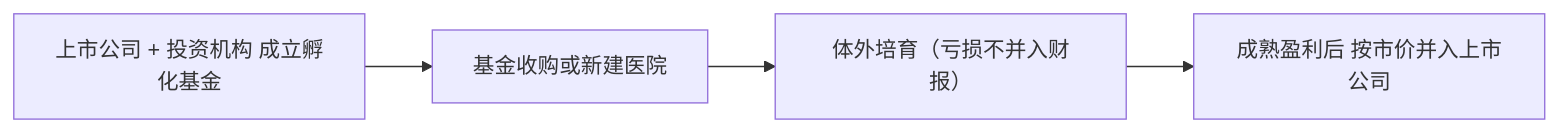
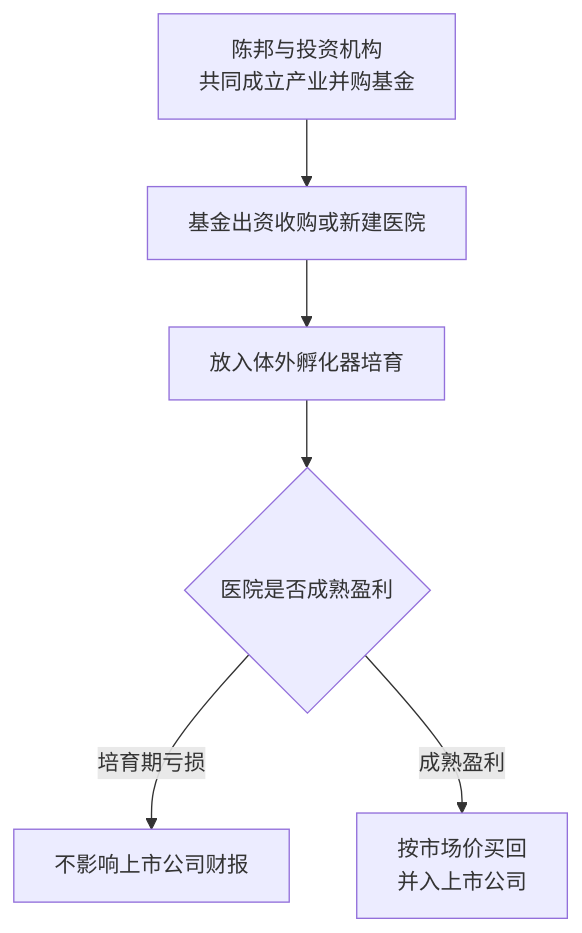
One commit to andy660/andy660.github.io changed the eighth of 9 diagrams in _posts/2026-06-13-研究笔记——民营医院的赚钱路径.md. Above: the diagram before and after it, drawn with Mermaid. The commit also changed other lines of this file and 3 other files, not shown here.

````diff
--- a/_posts/2026-06-13-研究笔记——民营医院的赚钱路径.md
+++ b/_posts/2026-06-13-研究笔记——民营医院的赚钱路径.md
@@ -157,6 +176,8 @@
 ```mermaid
-flowchart LR
-    A["上市公司 + 投资机构 成立孵化基金"] --> B["基金收购或新建医院"]
-    B --> C["体外培育（亏损不并入财报）"]
-    C --> D["成熟盈利后 按市价并入上市公司"]
+flowchart TB
+    A["陈邦与投资机构<br/>共同成立产业并购基金"] --> B["基金出资收购或新建医院"]
+    B --> C["放入体外孵化器培育"]
+    C --> D{"医院是否成熟盈利"}
+    D -->|"培育期亏损"| E["不影响上市公司财报"]
+    D -->|"成熟盈利"| F["按市场价买回<br/>并入上市公司"]
 ```
````
